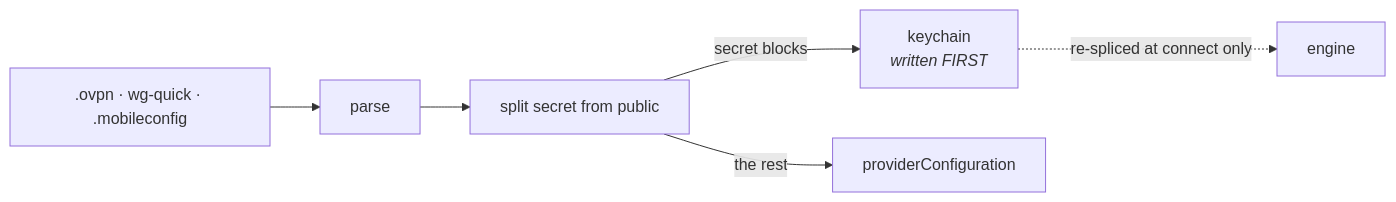
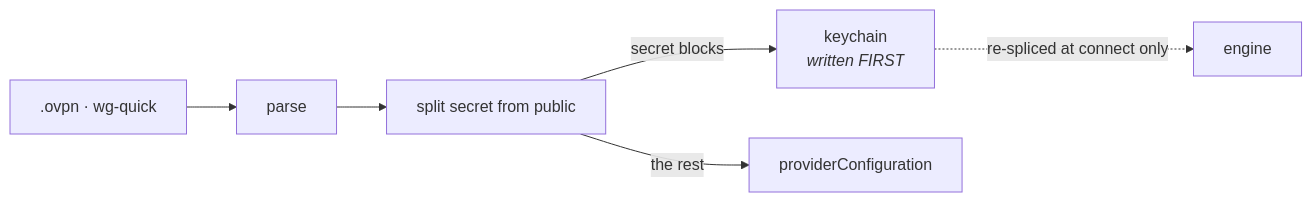
The second of 4 diagrams in Docs/SecretsAndSync.md (bitwisecook/SimpleVPN), drawn with Mermaid before and after one commit. The commit also changed other lines of this file, not shown here.

First line of the commit message:
Docs: mark JSON/YAML transfer built, and drop the .mobileconfig-as-import claim

````diff
--- a/Docs/SecretsAndSync.md
+++ b/Docs/SecretsAndSync.md
@@ -74,8 +74,8 @@
 ```mermaid
 flowchart LR
-    F[".ovpn · wg-quick · .mobileconfig"] --> P["parse"]
+    F[".ovpn · wg-quick"] --> P["parse"]
     P --> SPLIT["split secret from public"]
     SPLIT -->|"secret blocks"| KC["keychain<br/><i>written FIRST</i>"]
     SPLIT -->|"the rest"| PROF["providerConfiguration"]
     KC -.->|"re-spliced at connect only"| ENG["engine"]
 ```
````
